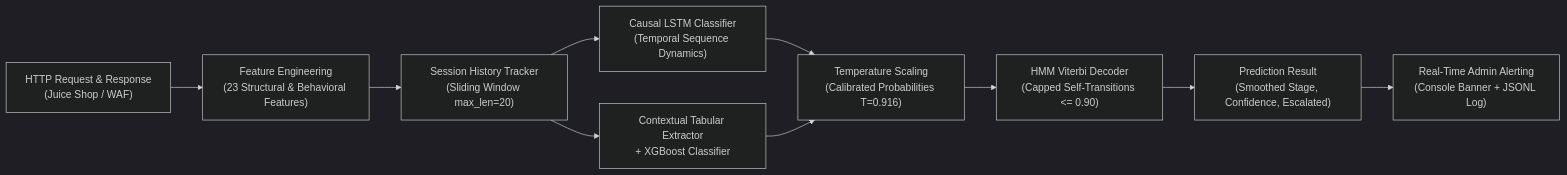
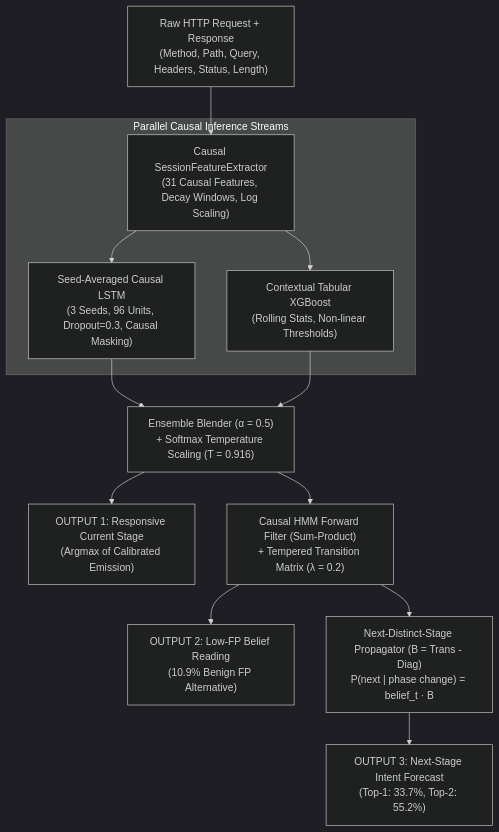
One commit to gitkoustavgit/MultiStageAttackDetector changed the diagram in README.md. Above: the diagram before and after it, drawn with Mermaid (dark theme). The commit also changed other lines of this file and 24 other files, not shown here.

````diff
--- a/README.md
+++ b/README.md
@@ -22,12 +66,20 @@
 ```mermaid
-flowchart LR
-    A["HTTP Request & Response<br>(Juice Shop / WAF)"] --> B["Feature Engineering<br>(23 Structural & Behavioral Features)"]
-    B --> C["Session History Tracker<br>(Sliding Window max_len=20)"]
-    C --> D1["Causal LSTM Classifier<br>(Temporal Sequence Dynamics)"]
-    C --> D2["Contextual Tabular Extractor<br>+ XGBoost Classifier"]
-    D1 --> E["Temperature Scaling<br>(Calibrated Probabilities T=0.916)"]
-    D2 --> E
-    E --> F["HMM Viterbi Decoder<br>(Capped Self-Transitions <= 0.90)"]
-    F --> G["Prediction Result<br>(Smoothed Stage, Confidence, Escalated)"]
-    G --> H["Real-Time Admin Alerting<br>(Console Banner + JSONL Log)"]
+flowchart TD
+    A["Raw HTTP Request + Response<br>(Method, Path, Query, Headers, Status, Length)"] --> B["Causal SessionFeatureExtractor<br>(31 Causal Features, Decay Windows, Log Scaling)"]
+    
+    subgraph "Parallel Causal Inference Streams"
+        B --> C1["Seed-Averaged Causal LSTM<br>(3 Seeds, 96 Units, Dropout=0.3, Causal Masking)"]
+        B --> C2["Contextual Tabular XGBoost<br>(Rolling Stats, Non-linear Thresholds)"]
+    end
+
+    C1 --> D["Ensemble Blender (α = 0.5)<br>+ Softmax Temperature Scaling (T = 0.916)"]
+    C2 --> D
+
+    D --> E["OUTPUT 1: Responsive Current Stage<br>(Argmax of Calibrated Emission)"]
+    
+    D --> F["Causal HMM Forward Filter (Sum-Product)<br>+ Tempered Transition Matrix (λ = 0.2)"]
+    F --> G["OUTPUT 2: Low-FP Belief Reading<br>(10.9% Benign FP Alternative)"]
+    
+    F --> H["Next-Distinct-Stage Propagator (B = Trans - Diag)<br>P(next | phase change) = belief_t · B"]
+    H --> I["OUTPUT 3: Next-Stage Intent Forecast<br>(Top-1: 33.7%, Top-2: 55.2%)"]
 ```
````
